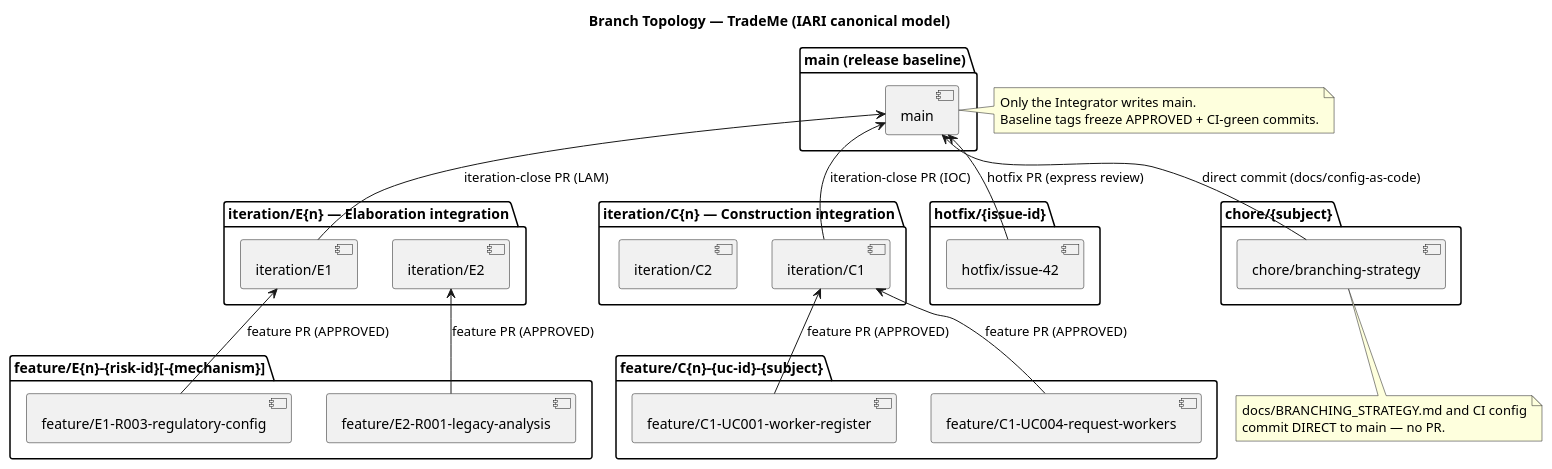
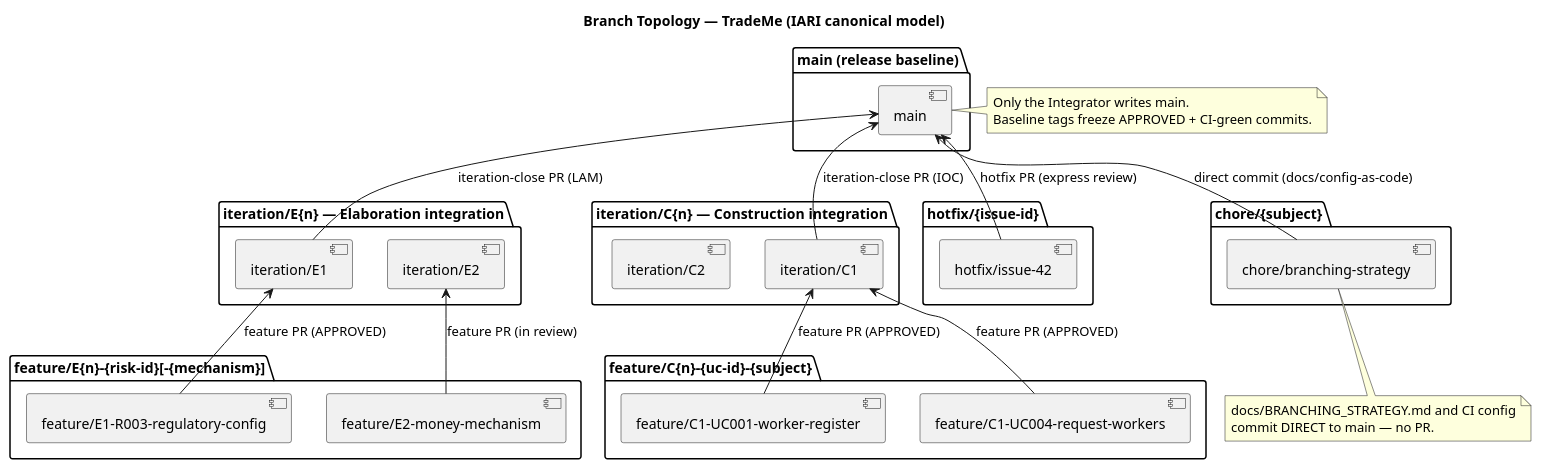
One commit to banense-test/trademe changed the first of 2 diagrams in docs/BRANCHING_STRATEGY.md. Above: the diagram before and after it, drawn with PlantUML. The commit also changed other lines of this file, not shown here.

Commit message:
docs: update baseline identification scheme for Elaboration iteration 2 (architecture baseline = baseline-elaboration-E2-v1)

````diff
--- a/docs/BRANCHING_STRATEGY.md
+++ b/docs/BRANCHING_STRATEGY.md
@@ -17,56 +17,56 @@
 ```plantuml
 @startuml
 title Branch Topology — TradeMe (IARI canonical model)
 
 package "main (release baseline)" {
   [main] as MAIN
 }
 
 package "iteration/E{n} — Elaboration integration" {
   [iteration/E1] as ITE1
   [iteration/E2] as ITE2
 }
 
 package "iteration/C{n} — Construction integration" {
   [iteration/C1] as ITC1
   [iteration/C2] as ITC2
 }
 
 package "feature/E{n}-{risk-id}[-{mechanism}]" {
   [feature/E1-R003-regulatory-config] as FE1
-  [feature/E2-R001-legacy-analysis] as FE2
+  [feature/E2-money-mechanism] as FE2
 }
 
 package "feature/C{n}-{uc-id}-{subject}" {
   [feature/C1-UC001-worker-register] as FC1
   [feature/C1-UC004-request-workers] as FC2
 }
 
 package "hotfix/{issue-id}" {
   [hotfix/issue-42] as HF1
 }
 
 package "chore/{subject}" {
   [chore/branching-strategy] as CH1
 }
 
 MAIN <-- ITE1 : iteration-close PR (LAM)
 MAIN <-- ITC1 : iteration-close PR (IOC)
 ITE1 <-- FE1 : feature PR (APPROVED)
-ITE2 <-- FE2 : feature PR (APPROVED)
+ITE2 <-- FE2 : feature PR (in review)
 ITC1 <-- FC1 : feature PR (APPROVED)
 ITC1 <-- FC2 : feature PR (APPROVED)
 MAIN <-- HF1 : hotfix PR (express review)
 MAIN <-- CH1 : direct commit (docs/config-as-code)
 
 note right of MAIN
   Only the Integrator writes main.
   Baseline tags freeze APPROVED + CI-green commits.
 end note
 
 note bottom of CH1
   docs/BRANCHING_STRATEGY.md and CI config
   commit DIRECT to main — no PR.
 end note
 @enduml
 ```
````
